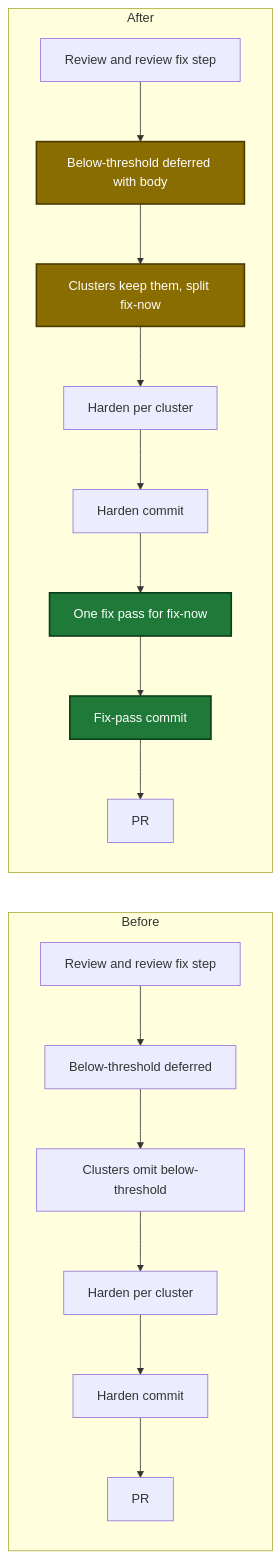
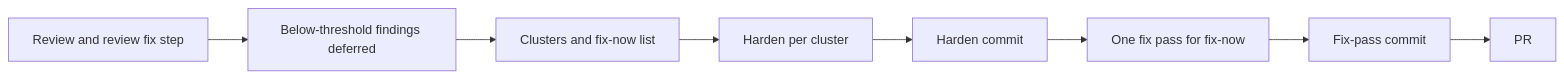
The diagram in docs/skills/ship.md (rnagrodzki/sdlc-plugin), drawn with Mermaid before and after one commit. The commit also changed other lines of this file and 50 other files, not shown here.

````diff
--- a/docs/skills/ship.md
+++ b/docs/skills/ship.md
@@ -112,21 +113,10 @@
   ```mermaid
   flowchart LR
-    subgraph Before
-      B1[Review and review fix step] --> B2[Below-threshold deferred]
-      B2 --> B3[Clusters omit below-threshold]
-      B3 --> B4[Harden per cluster]
-      B4 --> B5[Harden commit]
-      B5 --> B6[PR]
-    end
-    subgraph After
-      A1[Review and review fix step] --> A2[Below-threshold deferred with body]:::changed
-      A2 --> A3[Clusters keep them, split fix-now]:::changed
-      A3 --> A4[Harden per cluster]
-      A4 --> A5[Harden commit]
-      A5 --> A6[One fix pass for fix-now]:::new
-      A6 --> A7[Fix-pass commit]:::new
-      A7 --> A8[PR]
-    end
-    classDef new fill:#1f7a3a,stroke:#0b3d1c,color:#ffffff,stroke-width:2px
-    classDef changed fill:#8a6d00,stroke:#4a3a00,color:#ffffff,stroke-width:2px
+    A1[Review and review fix step] --> A2[Below-threshold findings deferred]
+    A2 --> A3[Clusters and fix-now list]
+    A3 --> A4[Harden per cluster]
+    A4 --> A5[Harden commit]
+    A5 --> A6[One fix pass for fix-now]
+    A6 --> A7[Fix-pass commit]
+    A7 --> A8[PR]
   ```
````
